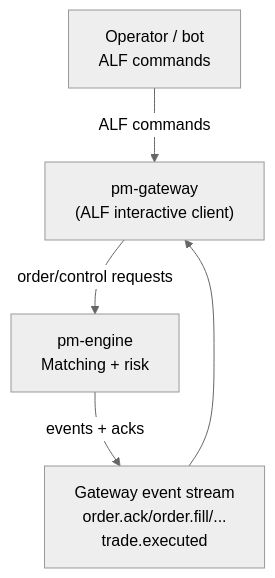
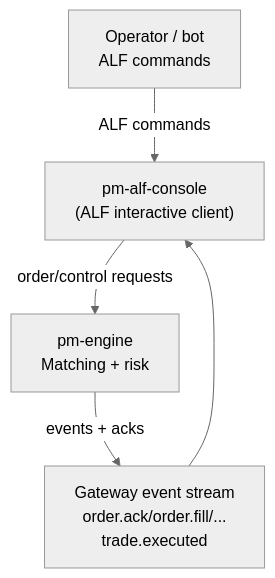
Before and after one commit to johan162/EduMatcher: the first of 4 diagrams in docs/user-guide/08-gateway.md, drawn with Mermaid (neutral theme). The commit also changed other lines of this file and 38 other files, not shown here.

````diff
--- a/docs/user-guide/08-gateway.md
+++ b/docs/user-guide/08-gateway.md
@@ -164,12 +164,12 @@
 ```mermaid
 flowchart TB
   CL["Operator / bot\nALF commands"]
-  GW["pm-gateway\n(ALF interactive client)"]
+  GW["pm-alf-console\n(ALF interactive client)"]
   ENG["pm-engine\nMatching + risk"]
   EVT["Gateway event stream\norder.ack/order.fill/...\ntrade.executed"]
 
   CL -->|"ALF commands"| GW
   GW -->|"order/control requests"| ENG
   ENG -->|"events + acks"| EVT
   EVT --> GW
 ```
````
